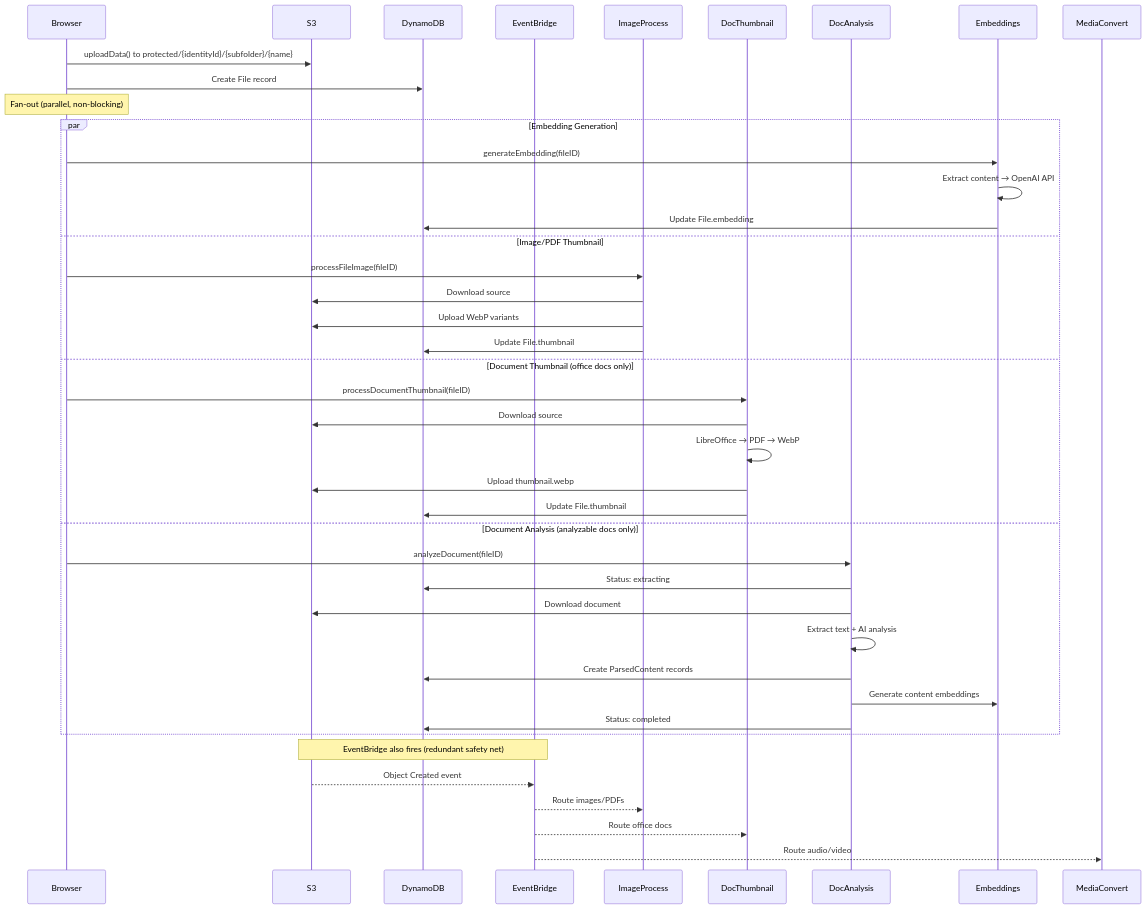
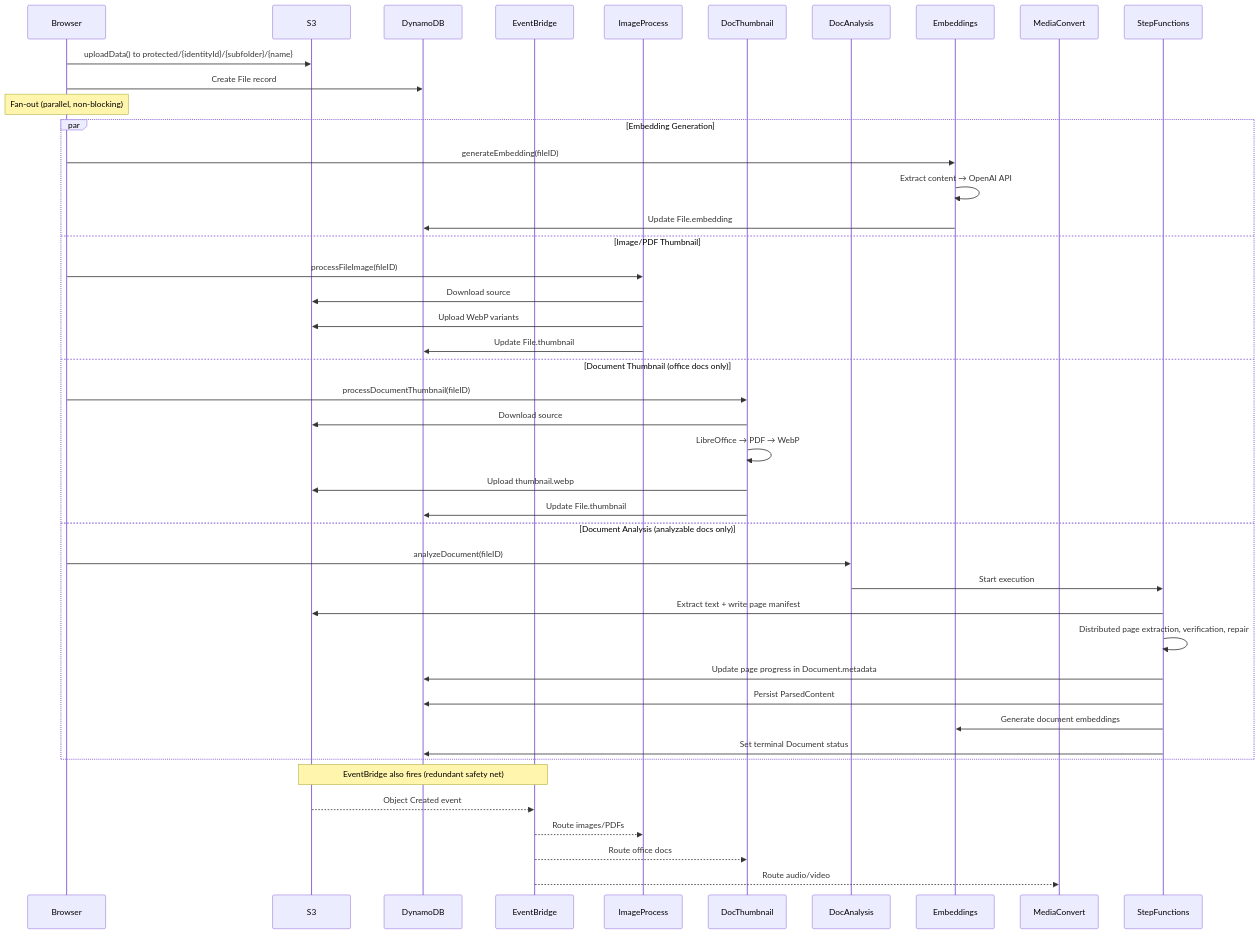
The second of 2 diagrams in docs/FILE_PROCESSING_PIPELINE.md (ExcitingTheory/amplify-homework-supply), drawn with Mermaid before and after one commit. The commit also changed other lines of this file and 452 other files, not shown here.

````diff
--- a/docs/FILE_PROCESSING_PIPELINE.md
+++ b/docs/FILE_PROCESSING_PIPELINE.md
@@ -267,48 +275,49 @@
 ```mermaid
 sequenceDiagram
     participant Browser
     participant S3
     participant DynamoDB
     participant EventBridge
     participant ImageProcess
     participant DocThumbnail
     participant DocAnalysis
     participant Embeddings
     participant MediaConvert
 
     Browser->>S3: uploadData() to protected/{identityId}/{subfolder}/{name}
     Browser->>DynamoDB: Create File record
     
     Note over Browser: Fan-out (parallel, non-blocking)
     
     par Embedding Generation
         Browser->>Embeddings: generateEmbedding(fileID)
         Embeddings->>Embeddings: Extract content → OpenAI API
         Embeddings->>DynamoDB: Update File.embedding
     and Image/PDF Thumbnail
         Browser->>ImageProcess: processFileImage(fileID)
         ImageProcess->>S3: Download source
         ImageProcess->>S3: Upload WebP variants
         ImageProcess->>DynamoDB: Update File.thumbnail
     and Document Thumbnail (office docs only)
         Browser->>DocThumbnail: processDocumentThumbnail(fileID)
         DocThumbnail->>S3: Download source
         DocThumbnail->>DocThumbnail: LibreOffice → PDF → WebP
         DocThumbnail->>S3: Upload thumbnail.webp
         DocThumbnail->>DynamoDB: Update File.thumbnail
     and Document Analysis (analyzable docs only)
         Browser->>DocAnalysis: analyzeDocument(fileID)
-        DocAnalysis->>DynamoDB: Status: extracting
-        DocAnalysis->>S3: Download document
-        DocAnalysis->>DocAnalysis: Extract text + AI analysis
-        DocAnalysis->>DynamoDB: Create ParsedContent records
-        DocAnalysis->>Embeddings: Generate content embeddings
-        DocAnalysis->>DynamoDB: Status: completed
+        DocAnalysis->>StepFunctions: Start execution
+        StepFunctions->>S3: Extract text + write page manifest
+        StepFunctions->>StepFunctions: Distributed page extraction, verification, repair
+        StepFunctions->>DynamoDB: Update page progress in Document.metadata
+        StepFunctions->>DynamoDB: Persist ParsedContent
+        StepFunctions->>Embeddings: Generate document embeddings
+        StepFunctions->>DynamoDB: Set terminal Document status
     end
 
     Note over S3,EventBridge: EventBridge also fires (redundant safety net)
     S3-->>EventBridge: Object Created event
     EventBridge-->>ImageProcess: Route images/PDFs
     EventBridge-->>DocThumbnail: Route office docs
     EventBridge-->>MediaConvert: Route audio/video
 ```
````
